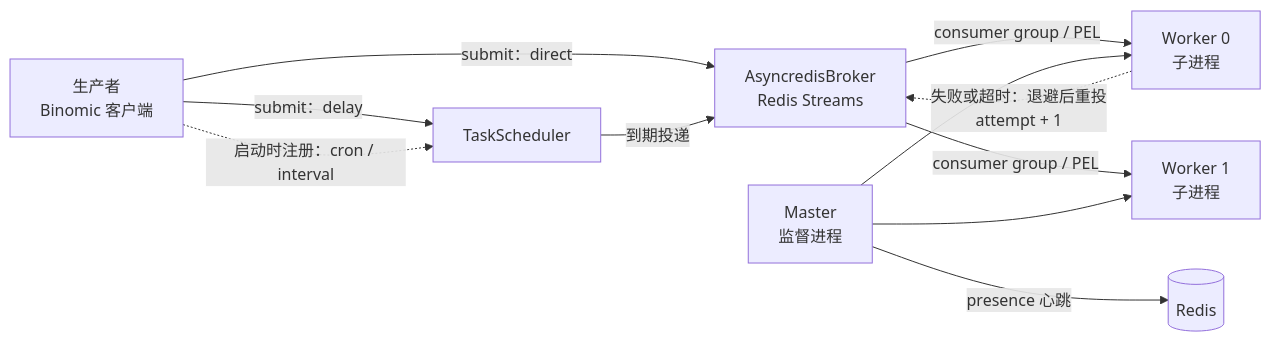
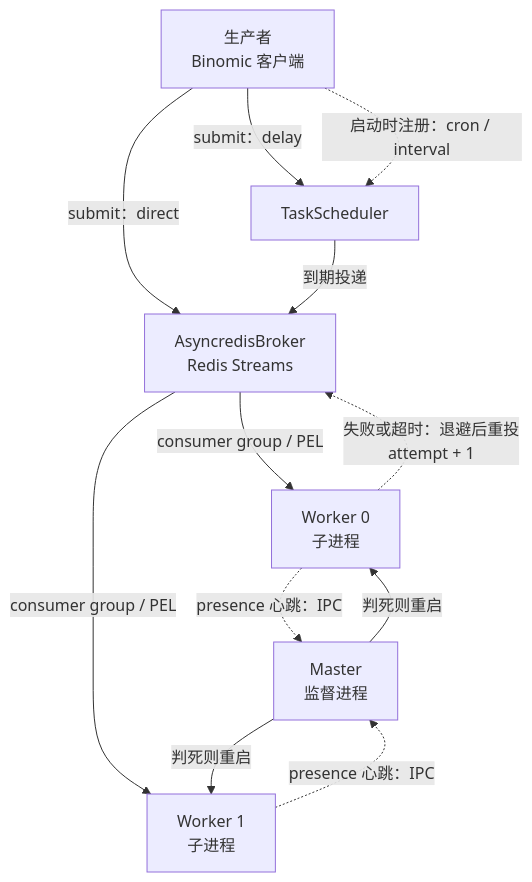
Before and after one commit to Ahsen17/binomic: the diagram in README.md, drawn with Mermaid. The commit also changed other lines of this file and 9 other files, not shown here.

First line of the commit message:
docs: describe the ipc presence heartbeat and drop redis_dsn

````diff
--- a/README.md
+++ b/README.md
@@ -135,13 +133,14 @@
 ```mermaid
-flowchart LR
+flowchart TD
     P[生产者<br>Binomic 客户端] -->|submit：direct| B[AsyncredisBroker<br>Redis Streams]
     P -->|submit：delay| S[TaskScheduler]
     P -.->|启动时注册：cron / interval| S
     S -->|到期投递| B
     B -->|consumer group / PEL| W1[Worker 0<br>子进程]
     B -->|consumer group / PEL| W2[Worker 1<br>子进程]
     W1 -.->|失败或超时：退避后重投<br>attempt + 1| B
-    M[Master<br>监督进程] --> W1
-    M --> W2
-    M -->|presence 心跳| R[(Redis)]
+    M[Master<br>监督进程] -->|判死则重启| W1
+    M -->|判死则重启| W2
+    W1 -.->|presence 心跳：IPC| M
+    W2 -.->|presence 心跳：IPC| M
 ```
````
